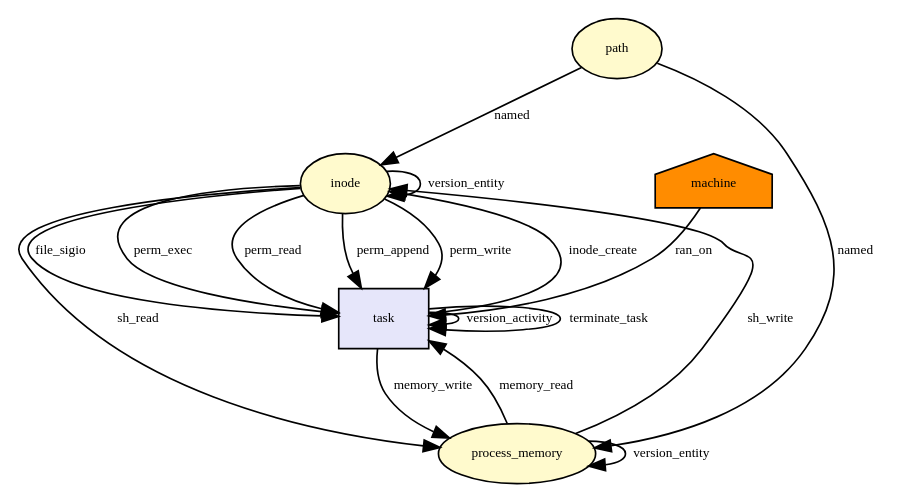
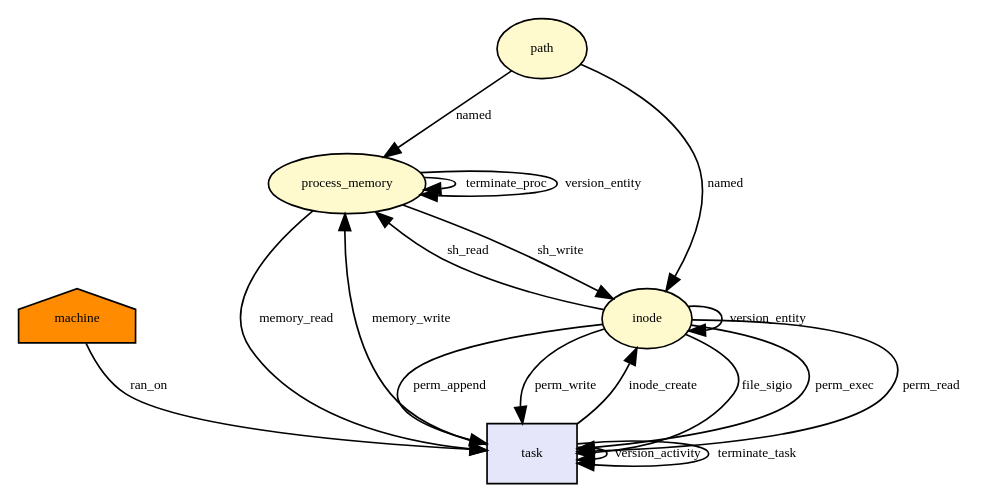
The diagram in docs/dot/__x64_sys_mknod.dot (CamFlow/camflow-dev), drawn with Graphviz before and after one commit. The commit also changed 303 other files, not shown here.

```diff
--- a/docs/dot/__x64_sys_mknod.dot
+++ b/docs/dot/__x64_sys_mknod.dot
@@ -1,45 +1,47 @@
-digraph RGL__DirectedAdjacencyGraph {inode[fontsize = 8,label = inode,shape = ellipse, fillcolor="#fffacd", style = filled]
+digraph RGL__DirectedAdjacencyGraph {process_memory[fontsize = 8,label = process_memory,shape = ellipse, fillcolor="#fffacd", style = filled]
+
+process_memory -> process_memory[fontsize = 8,label = terminate_proc]
+
+inode[fontsize = 8,label = inode,shape = ellipse, fillcolor="#fffacd", style = filled]
 
 task[fontsize = 8,label = task,shape = rectangle, fillcolor="#e6e6fa", style = filled]
 
 inode -> task[fontsize = 8,label = file_sigio]
-
-process_memory[fontsize = 8,label = process_memory,shape = ellipse, fillcolor="#fffacd", style = filled]
 
 task -> process_memory[fontsize = 8,label = memory_write]
 
 task -> task[fontsize = 8,label = version_activity]
 
 process_memory -> process_memory[fontsize = 8,label = version_entity]
 
 process_memory -> inode[fontsize = 8,label = sh_write]
 
 inode -> inode[fontsize = 8,label = version_entity]
 
 path[fontsize = 8,label = path,shape = ellipse, fillcolor="#fffacd", style = filled]
 
 path -> process_memory[fontsize = 8,label = named]
 
 machine[fontsize = 8,label = machine,shape = house, fillcolor="#ff8c00", style = filled]
 
 machine -> task[fontsize = 8,label = ran_on]
 
 path -> inode[fontsize = 8,label = named]
 
 process_memory -> task[fontsize = 8,label = memory_read]
 
 task -> inode[fontsize = 8,label = inode_create]
 
 inode -> process_memory[fontsize = 8,label = sh_read]
 
 inode -> task[fontsize = 8,label = perm_exec]
 
 inode -> task[fontsize = 8,label = perm_read]
 
 inode -> task[fontsize = 8,label = perm_append]
 
 inode -> task[fontsize = 8,label = perm_write]
 
 task -> task[fontsize = 8,label = terminate_task]
 
 }
```
